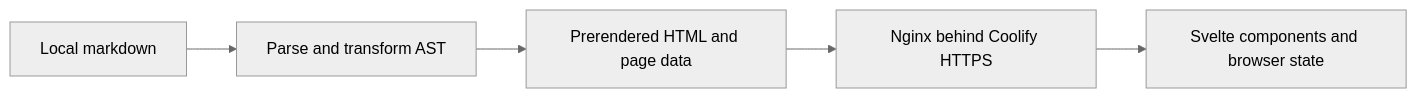
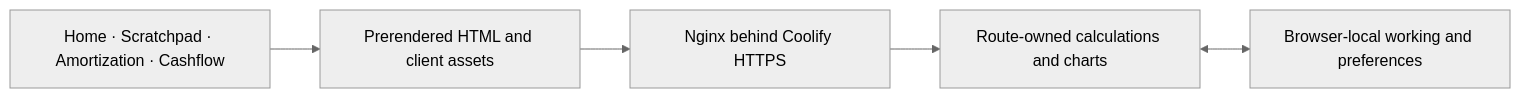
One commit to awpala/financial-calculators changed the diagram in README.md. Above: the diagram before and after it, drawn with Mermaid (neutral theme). The commit also changed other lines of this file and 116 other files, not shown here.

Commit message:
feat: init Amortization, Scratchpad, and Cashflow features/views (including lifting calculator subsystem from reference project, quiz-bank-app)

````diff
--- a/README.md
+++ b/README.md
@@ -9,7 +9,7 @@
 ```mermaid
 flowchart LR
-  SOURCE[Local markdown] --> SERVER[Parse and transform AST]
-  SERVER --> STATIC[Prerendered HTML and page data]
+  ROUTES[Home · Scratchpad · Amortization · Cashflow] --> STATIC[Prerendered HTML and client assets]
   STATIC --> HOST[Nginx behind Coolify HTTPS]
-  HOST --> BROWSER[Svelte components and browser state]
+  HOST --> BROWSER[Route-owned calculations and charts]
+  BROWSER <--> STORAGE[Browser-local working and preferences]
 ```
````
